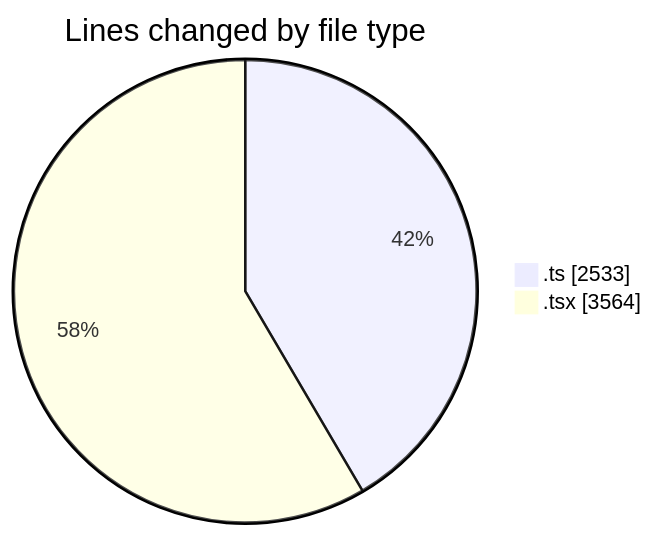
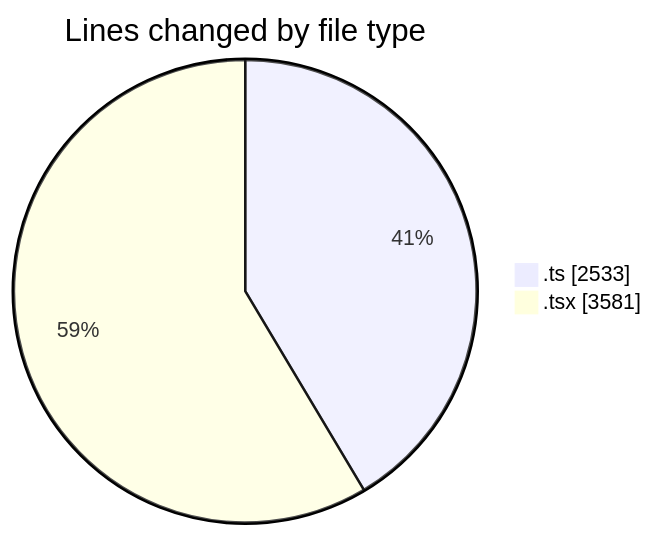
One commit to momahboobian/code-tracking changed the first of 2 diagrams in 2025-07-01/cda/README.md. Above: the diagram before and after it, drawn with Mermaid. The commit also changed other lines of this file and 1 other file, not shown here.

````diff
--- a/2025-07-01/cda/README.md
+++ b/2025-07-01/cda/README.md
@@ -37,6 +37,6 @@
 ```mermaid
 pie showData
 title Lines changed by file type
 ".ts" : 2533
-".tsx" : 3564
+".tsx" : 3581
 ```
````
